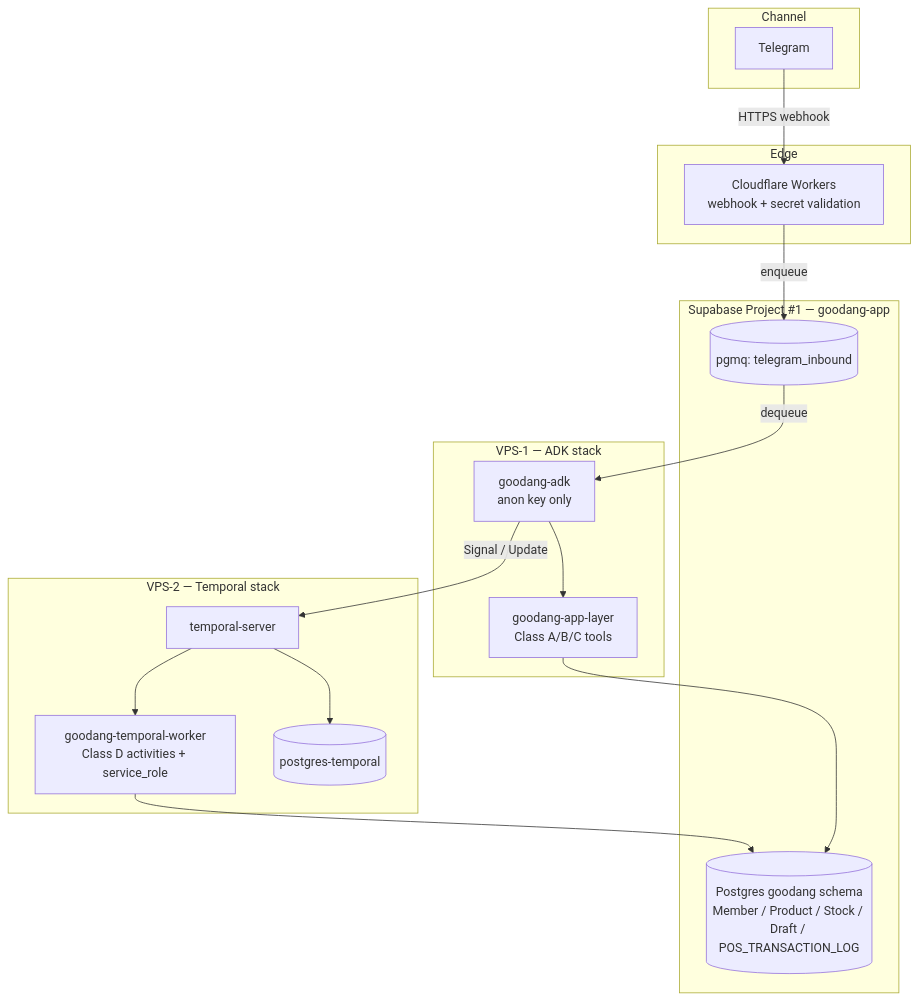
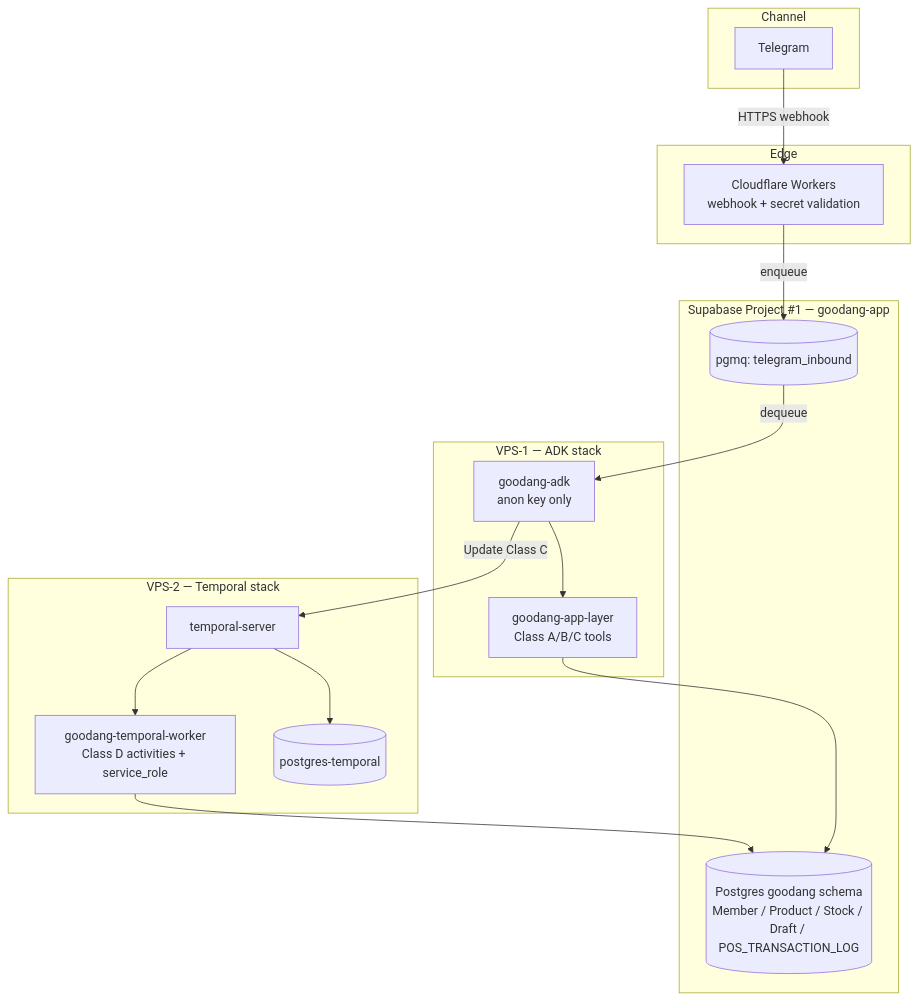
One commit to agnsptr/goodang-agent changed the diagram in README.md. Above: the diagram before and after it, drawn with Mermaid. The commit also changed other lines of this file, not shown here.

````diff
--- a/README.md
+++ b/README.md
@@ -48,36 +48,36 @@
 ```mermaid
 flowchart TB
     subgraph Channel
         TG[Telegram]
     end
 
     subgraph Edge
         CF[Cloudflare Workers<br/>webhook + secret validation]
     end
 
     subgraph Supabase["Supabase Project #1 — goodang-app"]
         Q[(pgmq: telegram_inbound)]
         DB[(Postgres goodang schema<br/>Member / Product / Stock / Draft / POS_TRANSACTION_LOG)]
     end
 
     subgraph VPS1["VPS-1 — ADK stack"]
         ADK[goodang-adk<br/>anon key only]
         APP[goodang-app-layer<br/>Class A/B/C tools]
     end
 
     subgraph VPS2["VPS-2 — Temporal stack"]
         TS[temporal-server]
         TW[goodang-temporal-worker<br/>Class D activities + service_role]
         PG[(postgres-temporal)]
     end
 
     TG -->|HTTPS webhook| CF
     CF -->|enqueue| Q
     Q -->|dequeue| ADK
     ADK --> APP
-    ADK -->|Signal / Update| TS
+    ADK -->|Update Class C| TS
     TS --> TW
     TW --> DB
     APP --> DB
     TS --> PG
 ```
````
